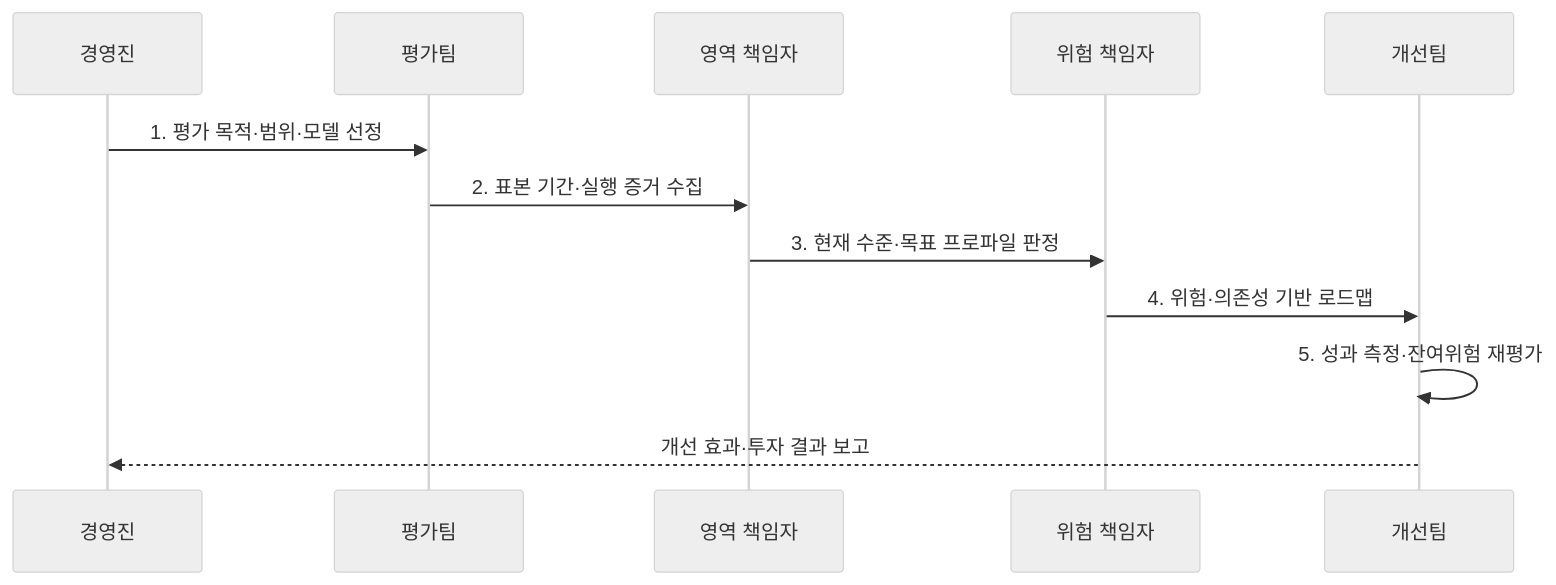
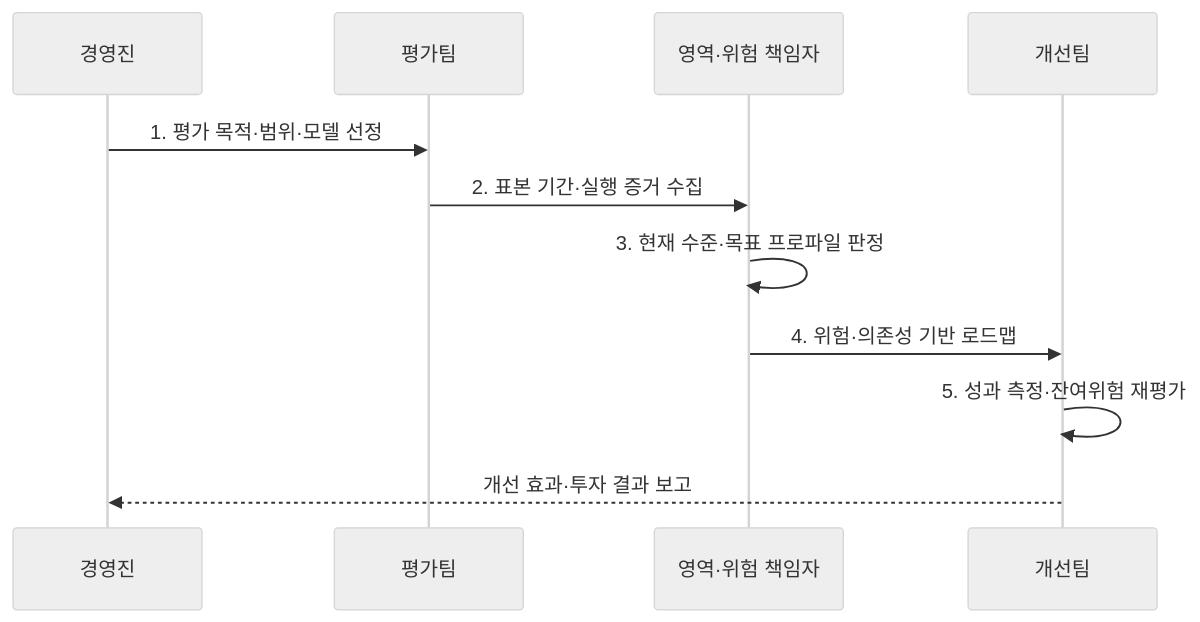
Before and after one commit to agnusdei1207/knowledge-base: the second of 2 diagrams in src/content/docs/notes/05-security/147_security_maturity_model.md, drawn with Mermaid (neutral theme). The commit also changed 5 other files, not shown here.

Commit message:
Simplify security architecture sequences

````diff
--- a/src/content/docs/notes/05-security/147_security_maturity_model.md
+++ b/src/content/docs/notes/05-security/147_security_maturity_model.md
@@ -96,14 +96,13 @@
 ```mermaid
 sequenceDiagram
   participant M as 경영진
   participant A as 평가팀
-  participant O as 영역 책임자
-  participant R as 위험 책임자
+  participant R as 영역·위험 책임자
   participant I as 개선팀
   M->>A: 1. 평가 목적·범위·모델 선정
-  A->>O: 2. 표본 기간·실행 증거 수집
-  O->>R: 3. 현재 수준·목표 프로파일 판정
+  A->>R: 2. 표본 기간·실행 증거 수집
+  R->>R: 3. 현재 수준·목표 프로파일 판정
   R->>I: 4. 위험·의존성 기반 로드맵
   I->>I: 5. 성과 측정·잔여위험 재평가
   I-->>M: 개선 효과·투자 결과 보고
 ```
````
